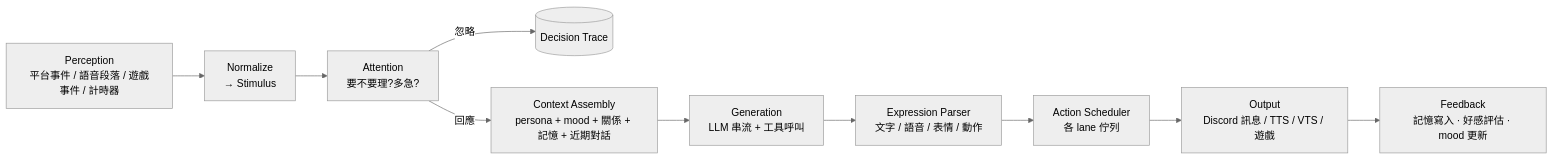
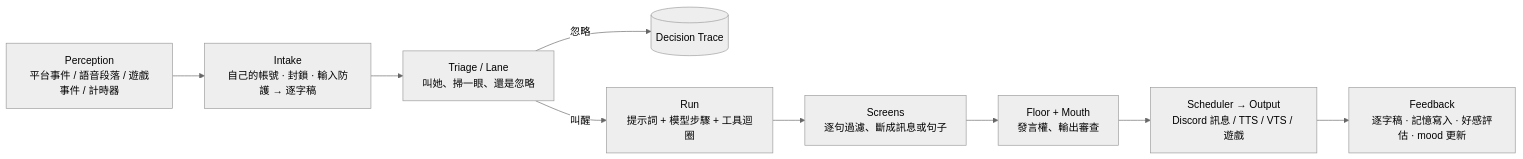
The second of 3 diagrams in docs/ARCHITECTURE.md (owenliu0924/Miyoria), drawn with Mermaid (neutral theme) before and after one commit. The commit also changed other lines of this file, not shown here.

Commit message:
docs(architecture): describe the V5 brain and the real repository layout

````diff
--- a/docs/ARCHITECTURE.md
+++ b/docs/ARCHITECTURE.md
@@ -177,12 +177,11 @@
 ```mermaid
 flowchart LR
-  P[Perception<br/>平台事件 / 語音段落 / 遊戲事件 / 計時器] --> N[Normalize<br/>→ Stimulus]
-  N --> A[Attention<br/>要不要理?多急?]
-  A -->|忽略| L[(Decision Trace)]
-  A -->|回應| C[Context Assembly<br/>persona + mood + 關係 + 記憶 + 近期對話]
-  C --> G[Generation<br/>LLM 串流 + 工具呼叫]
-  G --> X[Expression Parser<br/>文字 / 語音 / 表情 / 動作]
-  X --> S[Action Scheduler<br/>各 lane 佇列]
-  S --> O[Output<br/>Discord 訊息 / TTS / VTS / 遊戲]
-  O --> F[Feedback<br/>記憶寫入 · 好感評估 · mood 更新]
+  P[Perception<br/>平台事件 / 語音段落 / 遊戲事件 / 計時器] --> N[Intake<br/>自己的帳號 · 封鎖 · 輸入防護 → 逐字稿]
+  N --> T[Triage / Lane<br/>叫她、掃一眼、還是忽略]
+  T -->|忽略| L[(Decision Trace)]
+  T -->|叫醒| R[Run<br/>提示詞 + 模型步驟 + 工具迴圈]
+  R --> X[Screens<br/>逐句過濾、斷成訊息或句子]
+  X --> S[Floor + Mouth<br/>發言權、輸出審查]
+  S --> O[Scheduler → Output<br/>Discord 訊息 / TTS / VTS / 遊戲]
+  O --> F[Feedback<br/>逐字稿 · 記憶寫入 · 好感評估 · mood 更新]
 ```
````
